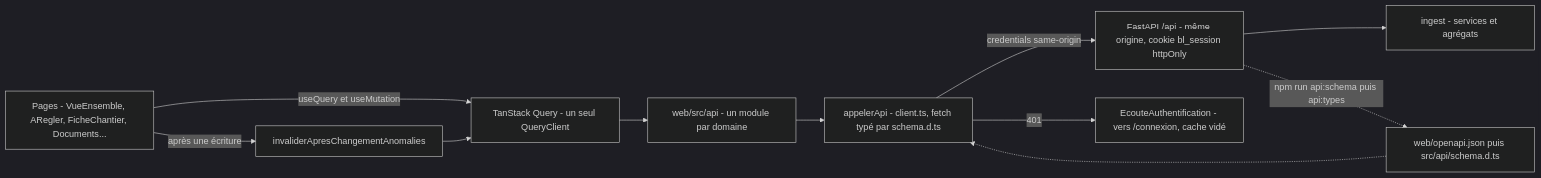
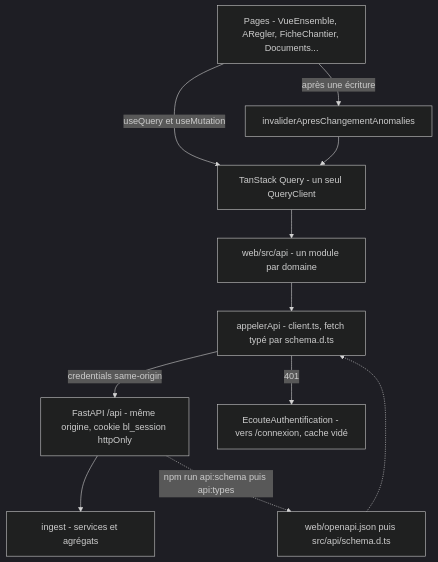
Before and after one commit to Asuura666/habitat-renovation: diagram 13 of 14 in ARCHITECTURE.md, drawn with Mermaid (dark theme). The commit also changed other lines of this file, not shown here.

First line of the commit message:
docs: ARCHITECTURE.md — corrections de vérification

````diff
--- a/ARCHITECTURE.md
+++ b/ARCHITECTURE.md
@@ -854,23 +928,23 @@
 ```mermaid
-flowchart LR
+flowchart TB
   page["Pages - VueEnsemble, ARegler, FicheChantier, Documents..."]
   rq["TanStack Query - un seul QueryClient"]
   modules["web/src/api - un module par domaine"]
   client["appelerApi - client.ts, fetch typé par schema.d.ts"]
   fastapi["FastAPI /api - même origine, cookie bl_session httpOnly"]
   ingest_svc["ingest - services et agrégats"]
   ecoute["EcouteAuthentification - vers /connexion, cache vidé"]
   inval["invaliderApresChangementAnomalies"]
   schema["web/openapi.json puis src/api/schema.d.ts"]
 
   page -->|"useQuery et useMutation"| rq
   rq --> modules
   modules --> client
   client -->|"credentials same-origin"| fastapi
   fastapi --> ingest_svc
   client -->|"401"| ecoute
   page -->|"après une écriture"| inval
   inval --> rq
   fastapi -.->|"npm run api:schema puis api:types"| schema
   schema -.-> client
 ```
````
